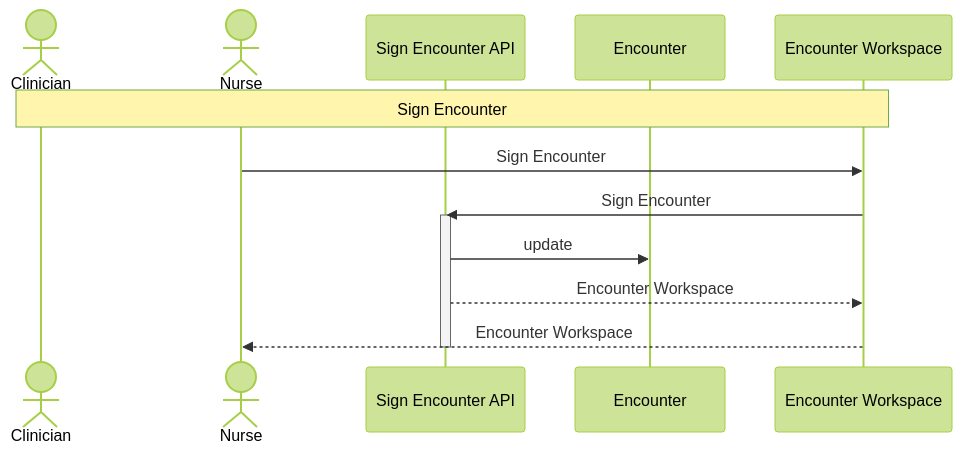
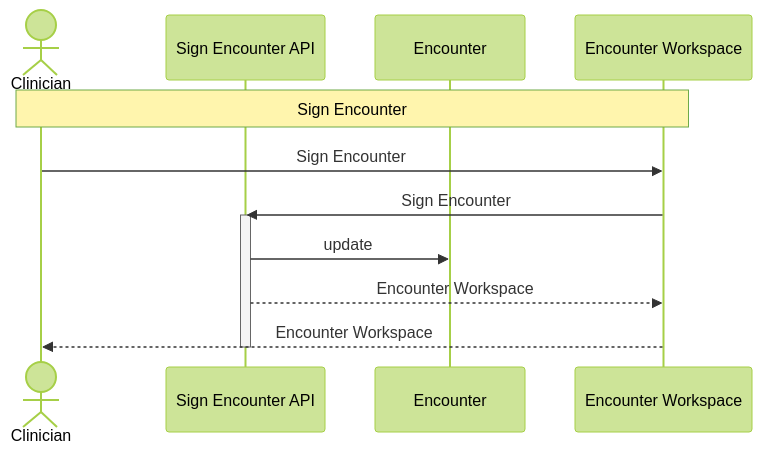
One commit to manji-0/rdra-ish-dsl changed the diagram in samples/clinic-ops/out/uc/sequence_sign_encounter.mmd. Above: the diagram before and after it, drawn with Mermaid (forest theme). The commit also changed 68 other files, not shown here.

Commit message:
fix: scope sequence actors to use cases

```diff
--- a/samples/clinic-ops/out/uc/sequence_sign_encounter.mmd
+++ b/samples/clinic-ops/out/uc/sequence_sign_encounter.mmd
@@ -1,15 +1,14 @@
 sequenceDiagram
   actor Clinician as Clinician
-  actor Nurse as Nurse
   participant SignEncounterApi as Sign Encounter API
   participant Encounter as Encounter
   participant EncounterWorkspaceScreen as Encounter Workspace
 
   Note over Clinician,EncounterWorkspaceScreen: Sign Encounter
-  Nurse->>EncounterWorkspaceScreen: Sign Encounter
+  Clinician->>EncounterWorkspaceScreen: Sign Encounter
   EncounterWorkspaceScreen->>SignEncounterApi: Sign Encounter
   activate SignEncounterApi
   SignEncounterApi->>Encounter: update
   SignEncounterApi-->>EncounterWorkspaceScreen: Encounter Workspace
-  EncounterWorkspaceScreen-->>Nurse: Encounter Workspace
+  EncounterWorkspaceScreen-->>Clinician: Encounter Workspace
   deactivate SignEncounterApi
```
